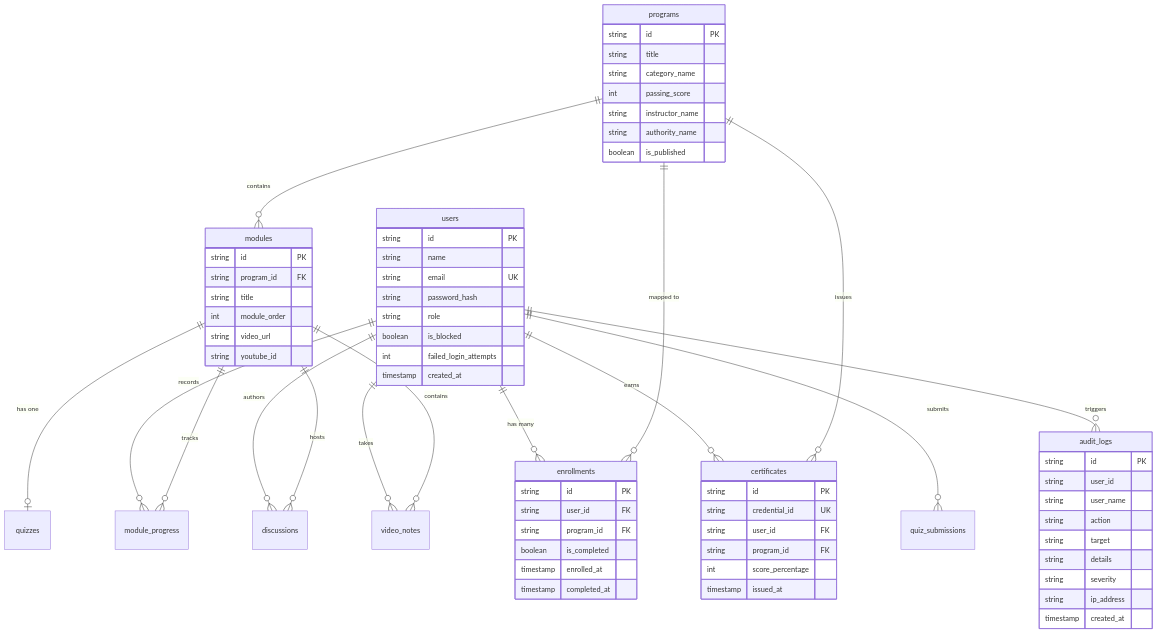
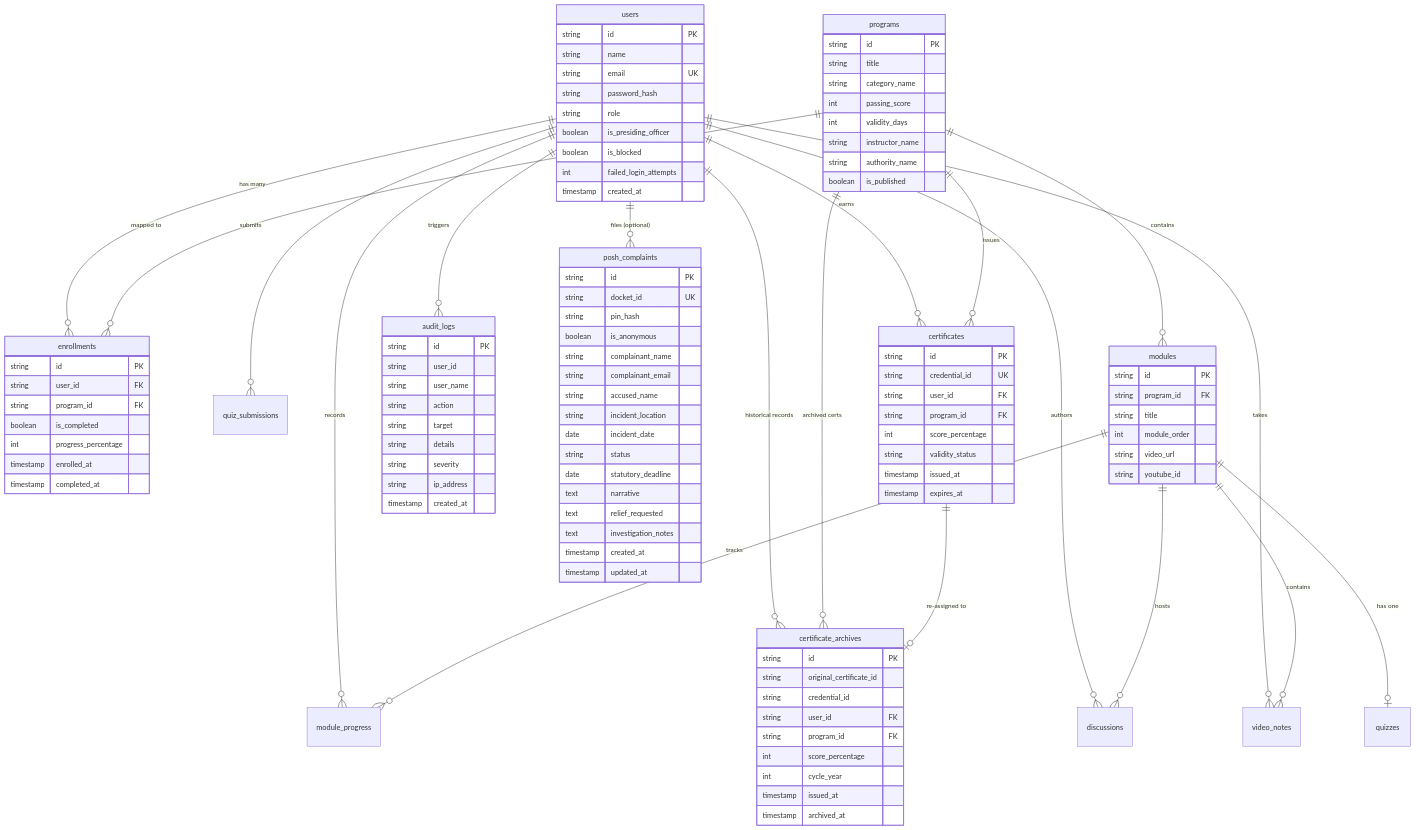
Before and after one commit to dev1worxpertise-blip/elearning: the second of 3 diagrams in docs/4_SYSTEM_ARCHITECTURE_AND_LOAD_CAPACITY.md, drawn with Mermaid. The commit also changed other lines of this file and 4 other files, not shown here.

Commit message:
docs: comprehensive update of technical, VAPT, operational, compliance, and architecture documentation for all enterprise features

```diff
--- a/docs/4_SYSTEM_ARCHITECTURE_AND_LOAD_CAPACITY.md
+++ b/docs/4_SYSTEM_ARCHITECTURE_AND_LOAD_CAPACITY.md
@@ -78,18 +92,23 @@
     users ||--o{ module_progress : "records"
     users ||--o{ quiz_submissions : "submits"
     users ||--o{ certificates : "earns"
+    users ||--o{ certificate_archives : "historical records"
     users ||--o{ audit_logs : "triggers"
     users ||--o{ discussions : "authors"
     users ||--o{ video_notes : "takes"
+    users ||--o{ posh_complaints : "files (optional)"
 
     programs ||--o{ modules : "contains"
     programs ||--o{ enrollments : "mapped to"
     programs ||--o{ certificates : "issues"
+    programs ||--o{ certificate_archives : "archived certs"
 
     modules ||--o| quizzes : "has one"
     modules ||--o{ module_progress : "tracks"
     modules ||--o{ discussions : "hosts"
     modules ||--o{ video_notes : "contains"
+
+    certificates ||--o| certificate_archives : "re-assigned to"
 
     users {
         string id PK
@@ -97,6 +116,7 @@
         string email UK
         string password_hash
         string role
+        boolean is_presiding_officer
         boolean is_blocked
         int failed_login_attempts
         timestamp created_at
@@ -107,6 +127,7 @@
         string title
         string category_name
         int passing_score
+        int validity_days
         string instructor_name
         string authority_name
         boolean is_published
@@ -126,6 +147,7 @@
         string user_id FK
         string program_id FK
         boolean is_completed
+        int progress_percentage
         timestamp enrolled_at
         timestamp completed_at
     }
@@ -136,7 +158,40 @@
         string user_id FK
         string program_id FK
         int score_percentage
+        string validity_status
         timestamp issued_at
+        timestamp expires_at
+    }
+
+    certificate_archives {
+        string id PK
+        string original_certificate_id
+        string credential_id
+        string user_id FK
+        string program_id FK
+        int score_percentage
+        int cycle_year
+        timestamp issued_at
+        timestamp archived_at
+    }
+
+    posh_complaints {
+        string id PK
+        string docket_id UK
+        string pin_hash
+        boolean is_anonymous
+        string complainant_name
+        string complainant_email
+        string accused_name
+        string incident_location
+        date incident_date
+        string status
+        date statutory_deadline
+        text narrative
+        text relief_requested
+        text investigation_notes
+        timestamp created_at
+        timestamp updated_at
     }
 
     audit_logs {
```
